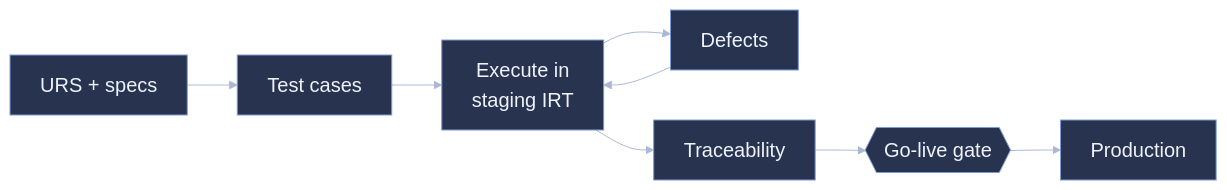
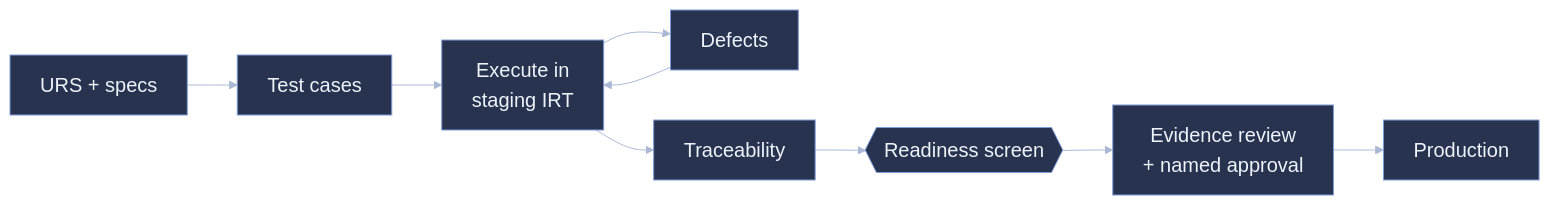
The diagram in uat_irt/quarto/uat-slides.qmd (patrickiben/biometrics-ai-portfolio), drawn with Mermaid before and after one commit. The commit also changed other lines of this file and 110 other files, not shown here.

````diff
--- a/uat_irt/quarto/uat-slides.qmd
+++ b/uat_irt/quarto/uat-slides.qmd
@@ -35,7 +36,7 @@
 ```{mermaid}
 %%{init: {'theme':'base','themeVariables':{'primaryColor':'#28344f','primaryTextColor':'#eef2fb','primaryBorderColor':'#7d9bd6','lineColor':'#aab8d6','fontSize':'20px','tertiaryColor':'#20406a','tertiaryTextColor':'#eef2fb','secondaryColor':'#20406a','secondaryTextColor':'#eef2fb'}}}%%
 flowchart LR
   URS["URS + specs"] --> TC["Test cases"] --> EX["Execute in<br/>staging IRT"]
   EX --> DEF["Defects"] --> EX
-  EX --> TR["Traceability"] --> GATE{{"Go-live gate"}} --> PROD["Production"]
+  EX --> TR["Traceability"] --> GATE{{"Readiness screen"}} --> REVIEW["Evidence review<br/>+ named approval"] --> PROD["Production"]
 ```
````
